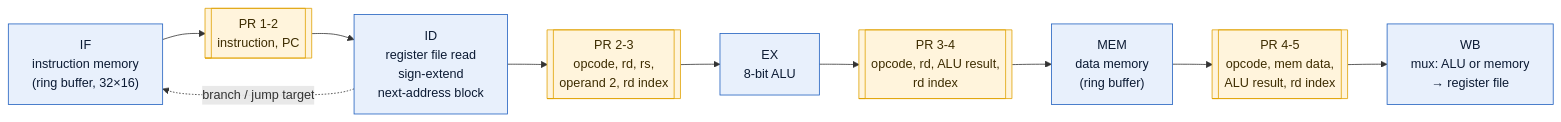
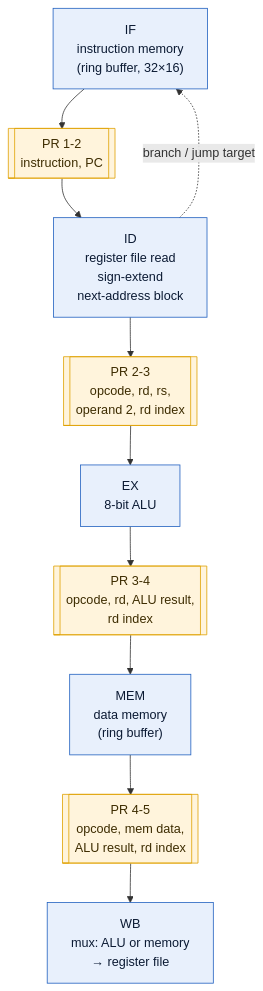
One commit to krunalvaghela1262-eng/PIPELINED-CPU-VHDL changed the diagram in README.md. Above: the diagram before and after it, drawn with Mermaid.

Commit message:
Vertical datapath diagram

````diff
--- a/README.md
+++ b/README.md
@@ -31,16 +31,16 @@
 ```mermaid
-flowchart LR
+flowchart TD
     IF["IF<br/>instruction memory<br/>(ring buffer, 32×16)"] --> P1[["PR 1-2<br/>instruction, PC"]]
     P1 --> ID["ID<br/>register file read<br/>sign-extend<br/>next-address block"]
     ID --> P2[["PR 2-3<br/>opcode, rd, rs,<br/>operand 2, rd index"]]
     P2 --> EX["EX<br/>8-bit ALU"]
     EX --> P3[["PR 3-4<br/>opcode, rd, ALU result,<br/>rd index"]]
     P3 --> MEM["MEM<br/>data memory<br/>(ring buffer)"]
     MEM --> P4[["PR 4-5<br/>opcode, mem data,<br/>ALU result, rd index"]]
     P4 --> WB["WB<br/>mux: ALU or memory<br/>→ register file"]
     ID -. "branch / jump target" .-> IF
     classDef s fill:#e8f0fc,stroke:#1f5fbf,color:#0b1a33
     classDef r fill:#fff4dc,stroke:#e0a100,color:#3d2c00
     class IF,ID,EX,MEM,WB s
     class P1,P2,P3,P4 r
 ```
````
